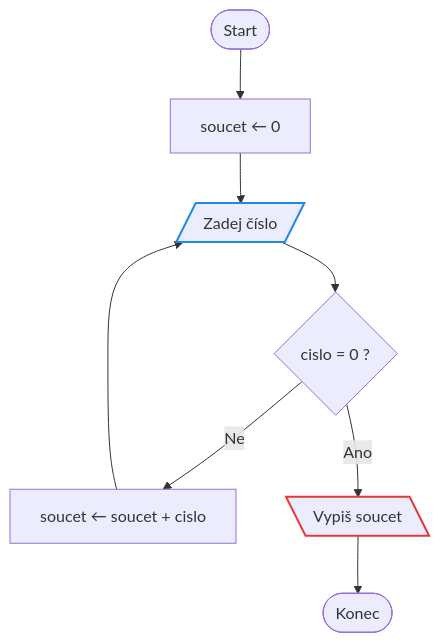
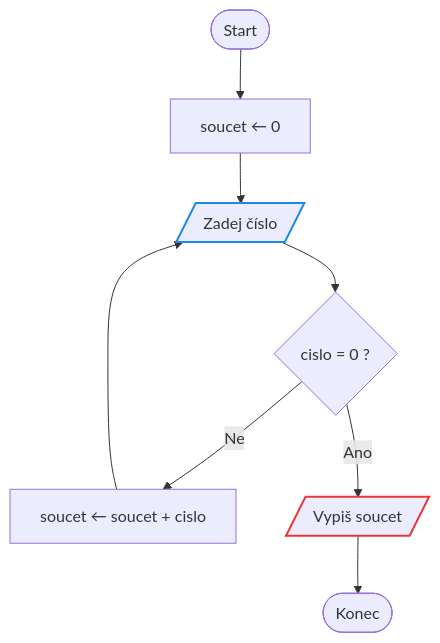
Before and after one commit to zeman-delta/Prvaci2026: diagram 15 of 15 in 3Hodina/reseni.md, drawn with Mermaid. The commit also changed other lines of this file and 1 other file, not shown here.

````diff
--- a/3Hodina/reseni.md
+++ b/3Hodina/reseni.md
@@ -363,15 +363,15 @@
 ```mermaid
 flowchart TD
     S([Start]) --> P0["soucet ← 0"]
     P0 --> V[/"Zadej číslo"/]
     V --> D{"cislo = 0 ?"}
     D -->|Ne| P1["soucet ← soucet + cislo"]
     P1 --> V
-    D -->|Ano| O[\"Vypiš soucet"\]
+    D -->|Ano| O[/"Vypiš soucet"/]
     O --> K([Konec])
 
     classDef vstup stroke:#1e88e5,stroke-width:2px
     classDef vystup stroke:#e53935,stroke-width:2px
     class V vstup
     class O vystup
 ```
````
